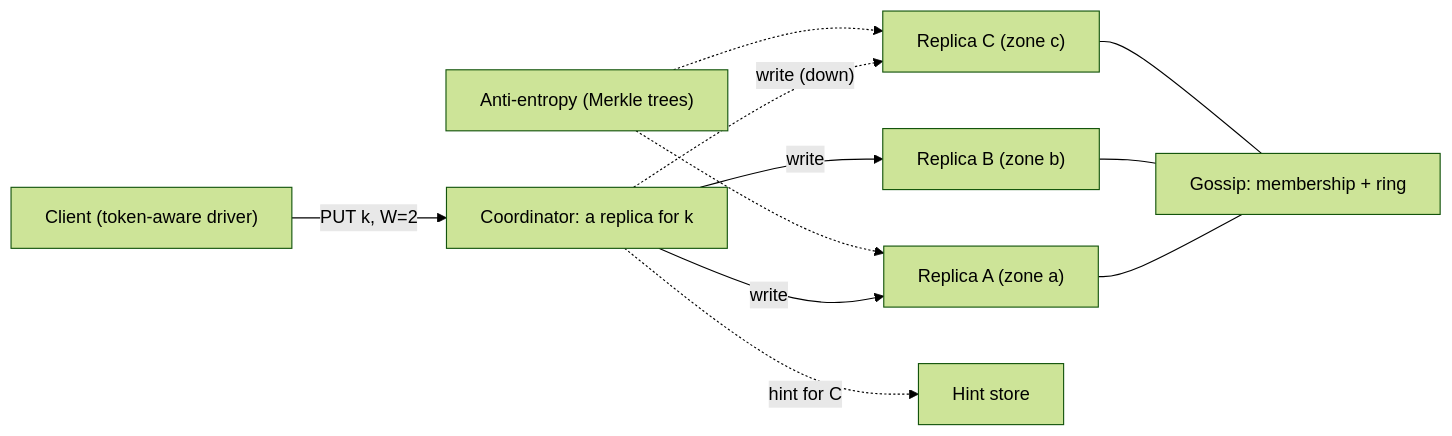
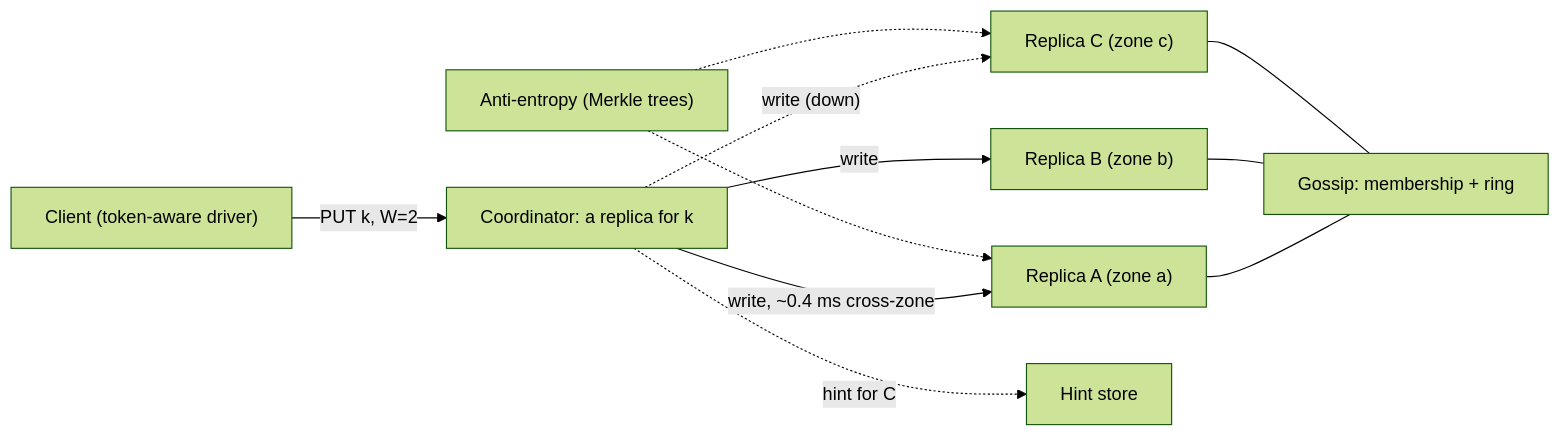
One commit to thull32/ascend changed the diagram in content/tracks/09-system-design/03-case-studies/03-distributed-key-value-store.md. Above: the diagram before and after it, drawn with Mermaid (forest theme). The commit also changed other lines of this file and 8 other files, not shown here.

````diff
--- a/content/tracks/09-system-design/03-case-studies/03-distributed-key-value-store.md
+++ b/content/tracks/09-system-design/03-case-studies/03-distributed-key-value-store.md
@@ -87,13 +93,13 @@
 ```mermaid
 flowchart LR
   C["Client (token-aware driver)"] -->|"PUT k, W=2"| CO["Coordinator: a replica for k"]
-  CO -->|"write"| R1["Replica A (zone a)"]
+  CO -->|"write, ~0.4 ms cross-zone"| R1["Replica A (zone a)"]
   CO -->|"write"| R2["Replica B (zone b)"]
   CO -.->|"write (down)"| R3["Replica C (zone c)"]
   CO -.->|"hint for C"| H["Hint store"]
   R1 --- G["Gossip: membership + ring"]
   R2 --- G
   R3 --- G
   AE["Anti-entropy (Merkle trees)"] -.-> R1
   AE -.-> R3
 ```
````
